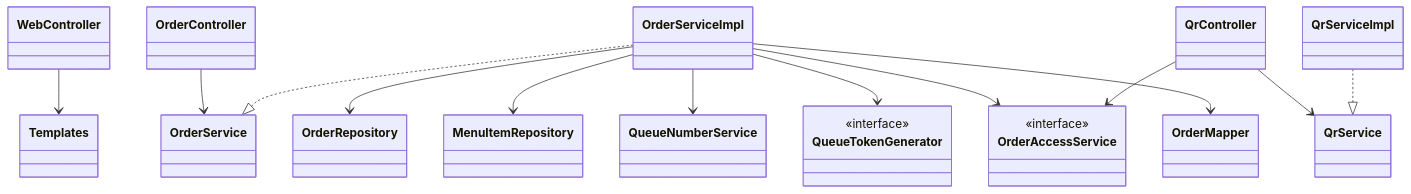
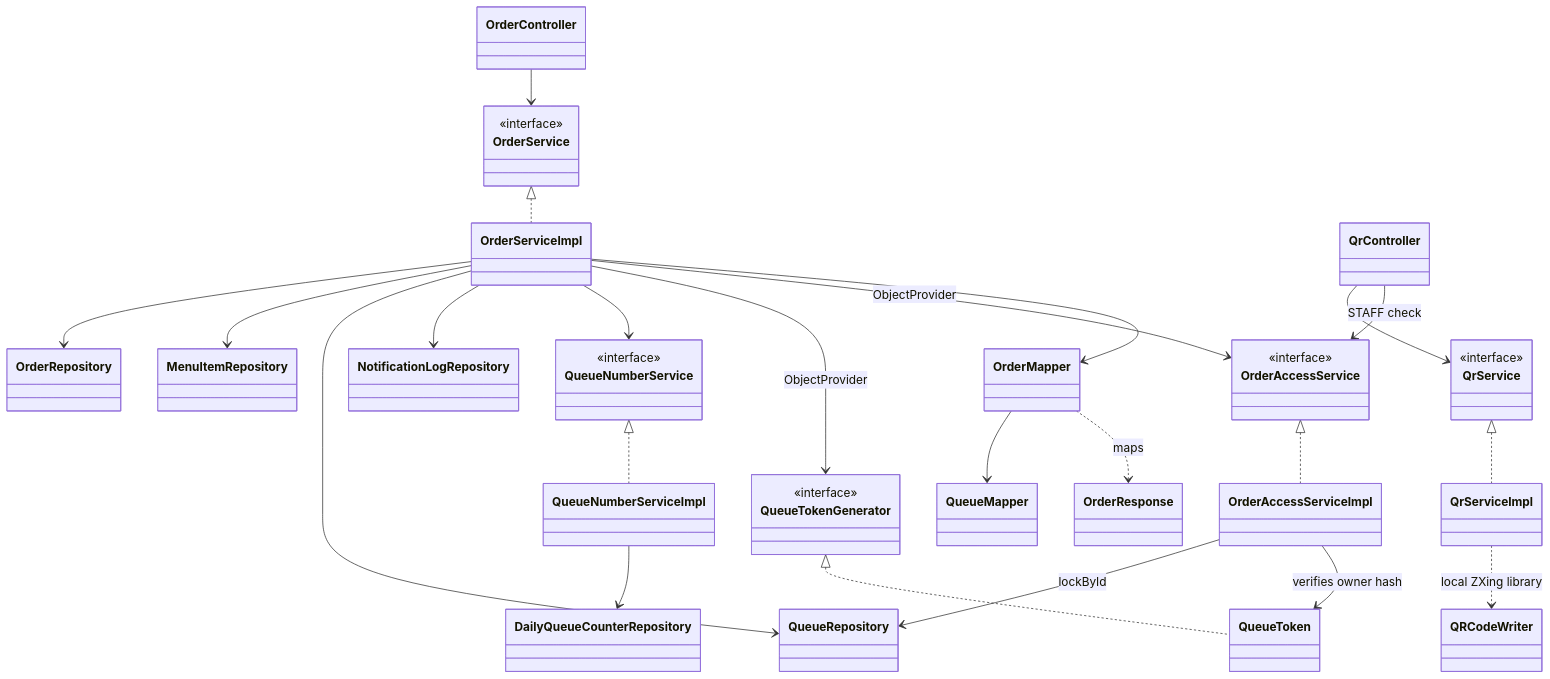
One commit to kaokao31/food-queue-notifier changed the diagram in doc/diagrams/class.md. Above: the diagram before and after it, drawn with Mermaid. The commit also changed other lines of this file and 9 other files, not shown here.

Commit message:
docs: update handover, migrations and architecture diagrams

````diff
--- a/doc/diagrams/class.md
+++ b/doc/diagrams/class.md
@@ -3,17 +5,40 @@
 ```mermaid
 classDiagram
-  WebController --> Templates
+  class OrderService {
+    <<interface>>
+  }
+  class OrderAccessService {
+    <<interface>>
+  }
+  class QueueTokenGenerator {
+    <<interface>>
+  }
+  class QueueNumberService {
+    <<interface>>
+  }
+  class QrService {
+    <<interface>>
+  }
   OrderController --> OrderService
-  OrderServiceImpl ..|> OrderService
+  OrderService <|.. OrderServiceImpl
   OrderServiceImpl --> OrderRepository
   OrderServiceImpl --> MenuItemRepository
+  OrderServiceImpl --> QueueRepository
+  OrderServiceImpl --> NotificationLogRepository
   OrderServiceImpl --> QueueNumberService
-  OrderServiceImpl --> QueueTokenGenerator
-  OrderServiceImpl --> OrderAccessService
+  QueueNumberService <|.. QueueNumberServiceImpl
+  QueueNumberServiceImpl --> DailyQueueCounterRepository
+  OrderServiceImpl --> QueueTokenGenerator : ObjectProvider
+  QueueTokenGenerator <|.. QueueToken
+  OrderServiceImpl --> OrderAccessService : ObjectProvider
+  OrderAccessService <|.. OrderAccessServiceImpl
+  OrderAccessServiceImpl --> QueueRepository : lockById
+  OrderAccessServiceImpl --> QueueToken : verifies owner hash
   OrderServiceImpl --> OrderMapper
+  OrderMapper --> QueueMapper
+  OrderMapper ..> OrderResponse : maps
   QrController --> QrService
-  QrController --> OrderAccessService
-  QrServiceImpl ..|> QrService
-  class QueueTokenGenerator { <<interface>> }
-  class OrderAccessService { <<interface>> }
+  QrController --> OrderAccessService : STAFF check
+  QrService <|.. QrServiceImpl
+  QrServiceImpl ..> QRCodeWriter : local ZXing library
 ```
````
